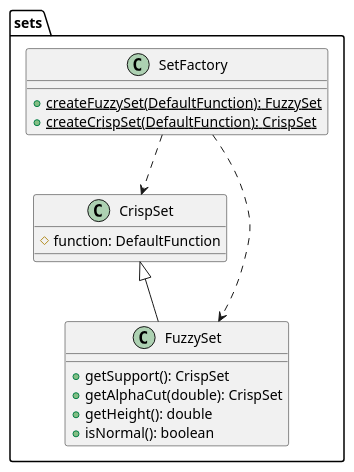
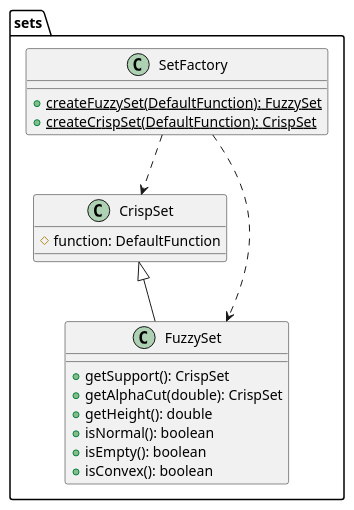
The fourth of 6 diagrams in task2/README.md (kambed/Computer-Recognition-Systems), drawn with PlantUML before and after one commit. The commit also changed other lines of this file, not shown here.

````diff
--- a/task2/README.md
+++ b/task2/README.md
@@ -123,19 +121,21 @@
 ```plantuml
 package sets {
     class CrispSet {
         # function: DefaultFunction
     }
     class FuzzySet extends CrispSet {
         + getSupport(): CrispSet
         + getAlphaCut(double): CrispSet
         + getHeight(): double
         + isNormal(): boolean
+        + isEmpty(): boolean
+        + isConvex(): boolean
     }
     class SetFactory {
         + {static} createFuzzySet(DefaultFunction): FuzzySet
         + {static} createCrispSet(DefaultFunction): CrispSet
     }
     SetFactory ..> FuzzySet
     SetFactory ..> CrispSet
 }
 ```
````
